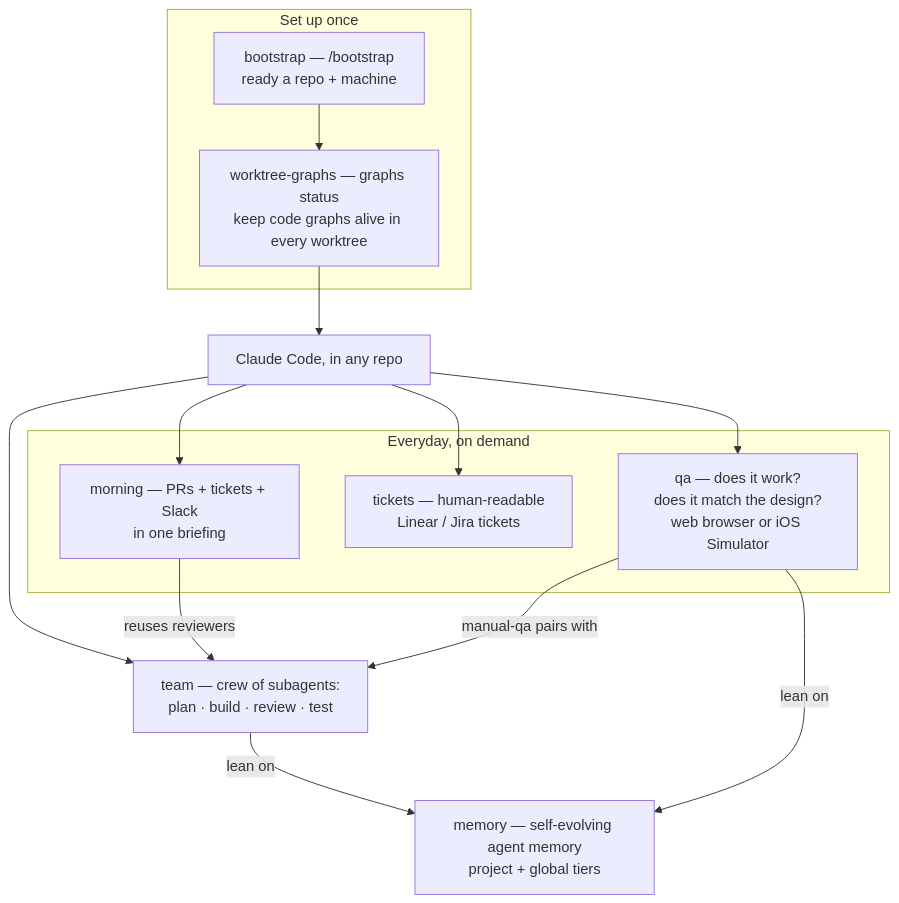
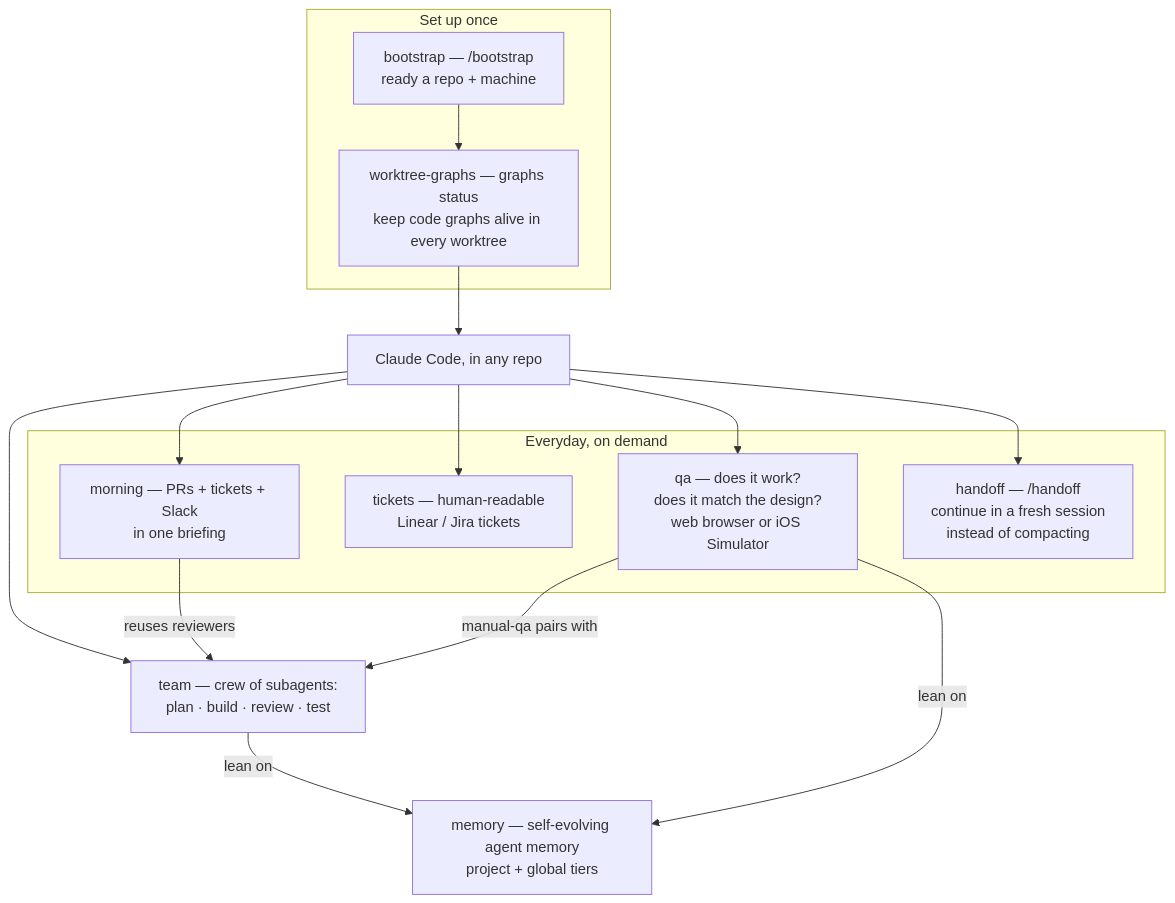
The diagram in README.md (unisol1020/ai-tools), drawn with Mermaid before and after one commit. The commit also changed other lines of this file, not shown here.

First line of the commit message:
docs(readme): add handoff and investigators, install toolchain first

````diff
--- a/README.md
+++ b/README.md
@@ -9,25 +9,27 @@
 ```mermaid
 flowchart TD
   subgraph setup["Set up once"]
     BOOT["bootstrap — /bootstrap<br/>ready a repo + machine"]
     WTG["worktree-graphs — graphs status<br/>keep code graphs alive in every worktree"]
   end
   CC["Claude Code, in any repo"]
   subgraph daily["Everyday, on demand"]
     QA["qa — does it work?<br/>does it match the design?<br/>web browser or iOS Simulator"]
     TIX["tickets — human-readable<br/>Linear / Jira tickets"]
     MORN["morning — PRs + tickets + Slack<br/>in one briefing"]
+    HAND["handoff — /handoff<br/>continue in a fresh session<br/>instead of compacting"]
   end
   TEAM["team — crew of subagents:<br/>plan · build · review · test"]
   MEM["memory — self-evolving agent memory<br/>project + global tiers"]
   BOOT --> WTG
   WTG --> CC
   CC --> QA
   CC --> TIX
   CC --> MORN
+  CC --> HAND
   CC --> TEAM
   MORN -->|reuses reviewers| TEAM
   QA -->|manual-qa pairs with| TEAM
   TEAM -->|lean on| MEM
   QA -->|lean on| MEM
 ```
````
